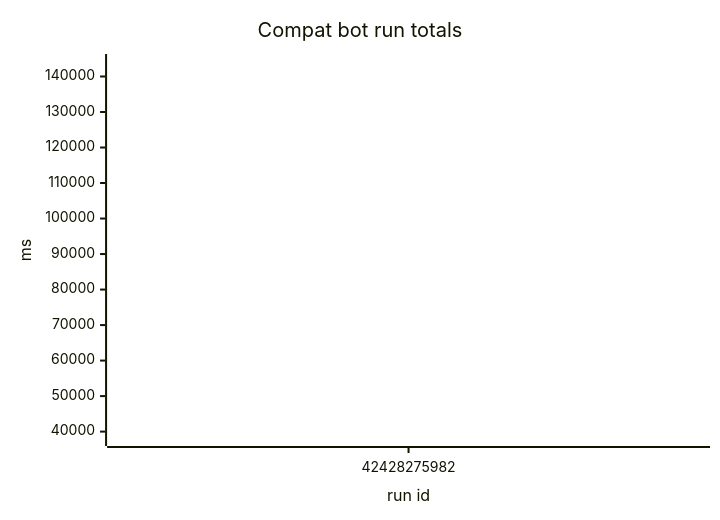
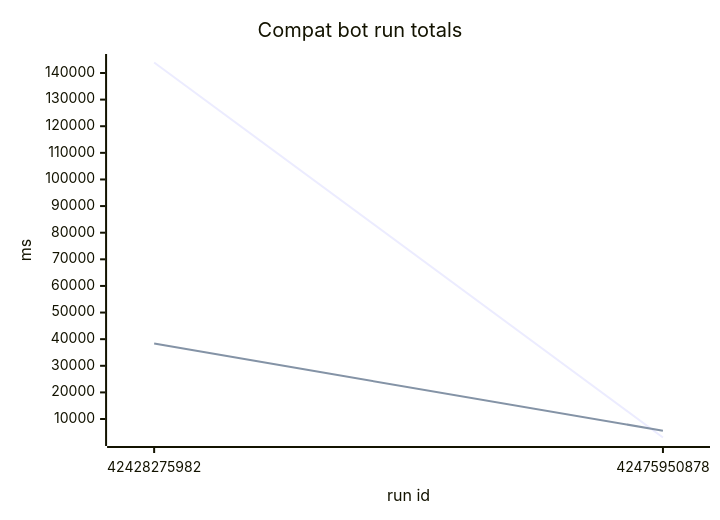
Before and after one commit to roc-talon/talon: the diagram in stats/compat/README.md, drawn with Mermaid. The commit also changed other lines of this file and 2 other files, not shown here.

Commit message:
compat stats: run 42475950878

````diff
--- a/stats/compat/README.md
+++ b/stats/compat/README.md
@@ -7,8 +7,8 @@
 ```mermaid
 xychart-beta
     title "Compat bot run totals"
-    x-axis "run id" ["42428275982"]
+    x-axis "run id" ["42428275982", "42475950878"]
     y-axis "ms"
-    line [143940]
-    line [38340]
+    line [143940, 3060]
+    line [38340, 5610]
 ```
````
